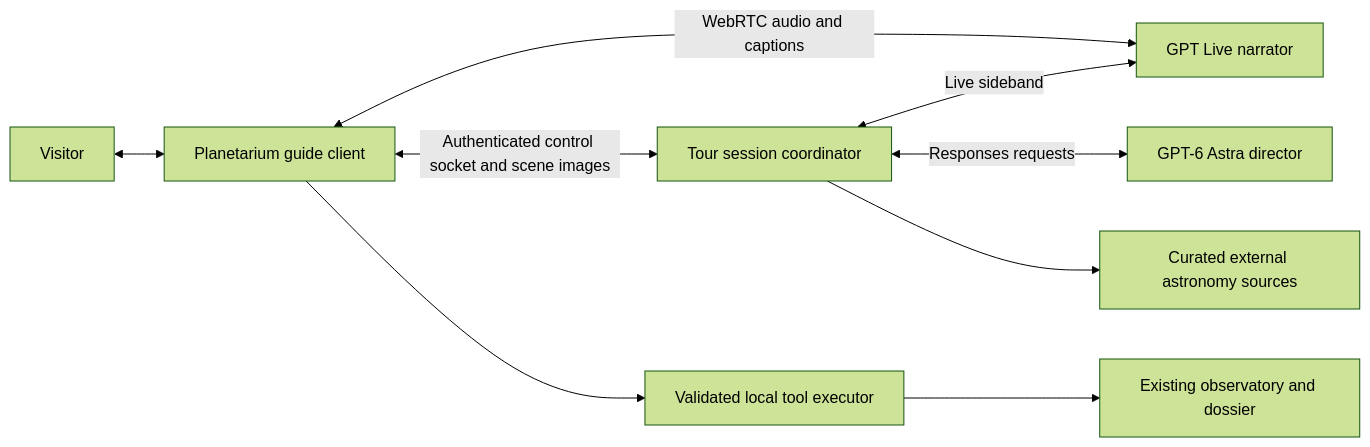
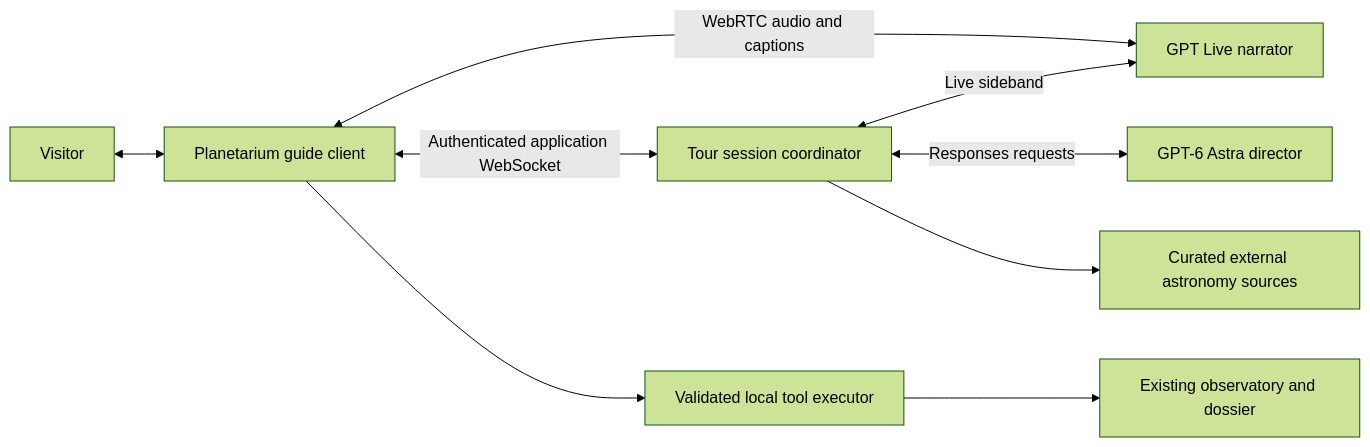
The first of 2 diagrams in design/plans/the-agentic-tour-guide.md (jonjaques/inertialref), drawn with Mermaid (forest theme) before and after one commit. The commit also changed other lines of this file, not shown here.

First line of the commit message:
docs: visual assistance follows the core tour guide

````diff
--- a/design/plans/the-agentic-tour-guide.md
+++ b/design/plans/the-agentic-tour-guide.md
@@ -181,11 +182,11 @@
 ```mermaid
 flowchart LR
   Visitor[Visitor] <--> Browser[Planetarium guide client]
   Browser <-->|WebRTC audio and captions| Live[GPT Live narrator]
-  Browser <-->|Authenticated control socket and scene images| Session[Tour session coordinator]
+  Browser <-->|Authenticated application WebSocket| Session[Tour session coordinator]
   Session <-->|Live sideband| Live
   Session <-->|Responses requests| Director[GPT-6 Astra director]
   Session --> Facts[Curated external astronomy sources]
   Browser --> Executor[Validated local tool executor]
   Executor --> Observatory[Existing observatory and dossier]
 ```
````
